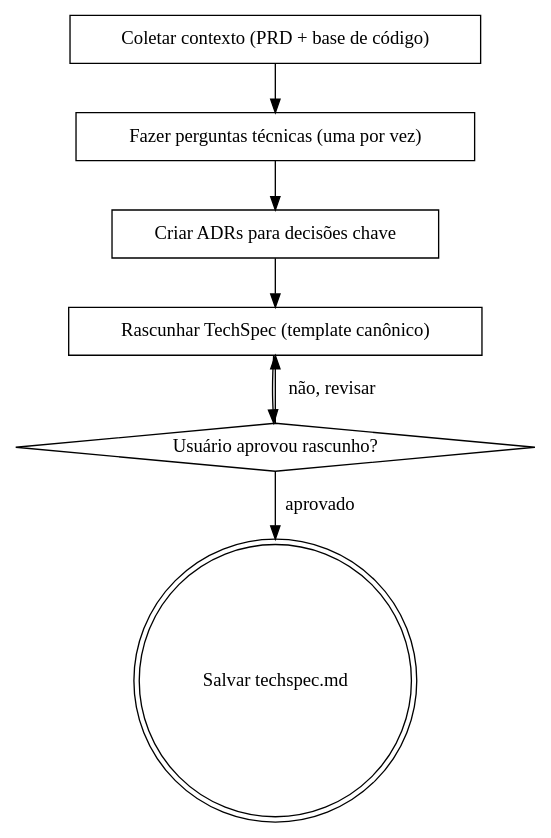
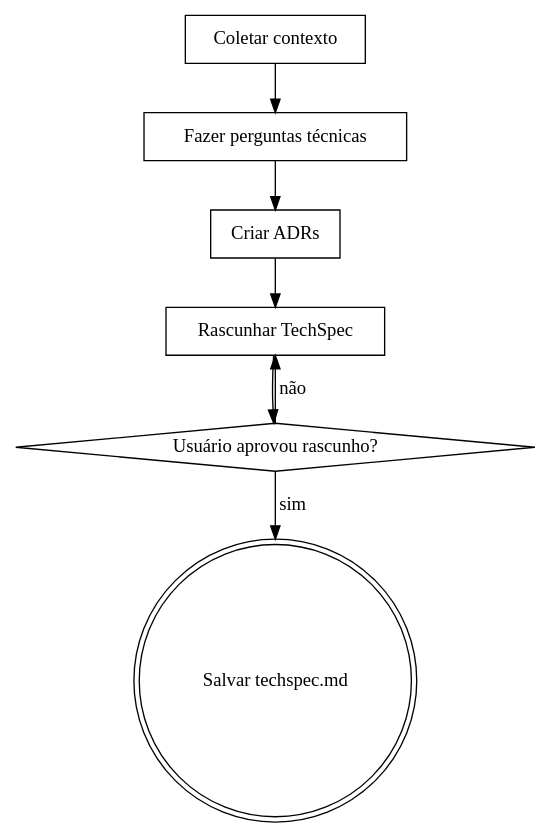
Before and after one commit to edsonbastos2/Solu-o-de-Cobran-a-IA: the diagram in .opencode/skills/cy-create-techspec/SKILL.md, drawn with Graphviz. The commit also changed other lines of this file and 204 other files, not shown here.

````diff
--- a/.opencode/skills/cy-create-techspec/SKILL.md
+++ b/.opencode/skills/cy-create-techspec/SKILL.md
@@ -107,17 +107,14 @@
 ```dot
 digraph create_techspec {
-    "Coletar contexto (PRD + base de código)" [shape=box];
-    "Fazer perguntas técnicas (uma por vez)" [shape=box];
-    "Criar ADRs para decisões chave" [shape=box];
-    "Rascunhar TechSpec (template canônico)" [shape=box];
+    "Coletar contexto" [shape=box];
+    "Fazer perguntas técnicas" [shape=box];
+    "Criar ADRs" [shape=box];
+    "Rascunhar TechSpec" [shape=box];
     "Usuário aprovou rascunho?" [shape=diamond];
     "Salvar techspec.md" [shape=doublecircle];
-
-    "Coletar contexto (PRD + base de código)" -> "Fazer perguntas técnicas (uma por vez)";
-    "Fazer perguntas técnicas (uma por vez)" -> "Criar ADRs para decisões chave";
-    "Criar ADRs para decisões chave" -> "Rascunhar TechSpec (template canônico)";
-    "Rascunhar TechSpec (template canônico)" -> "Usuário aprovou rascunho?";
-    "Usuário aprovou rascunho?" -> "Rascunhar TechSpec (template canônico)" [label="não, revisar"];
-    "Usuário aprovou rascunho?" -> "Salvar techspec.md" [label="aprovado"];
+    "Coletar contexto" -> "Fazer perguntas técnicas" -> "Criar ADRs" -> "Rascunhar TechSpec";
+    "Rascunhar TechSpec" -> "Usuário aprovou rascunho?";
+    "Usuário aprovou rascunho?" -> "Rascunhar TechSpec" [label="não"];
+    "Usuário aprovou rascunho?" -> "Salvar techspec.md" [label="sim"];
 }
 ```
````
